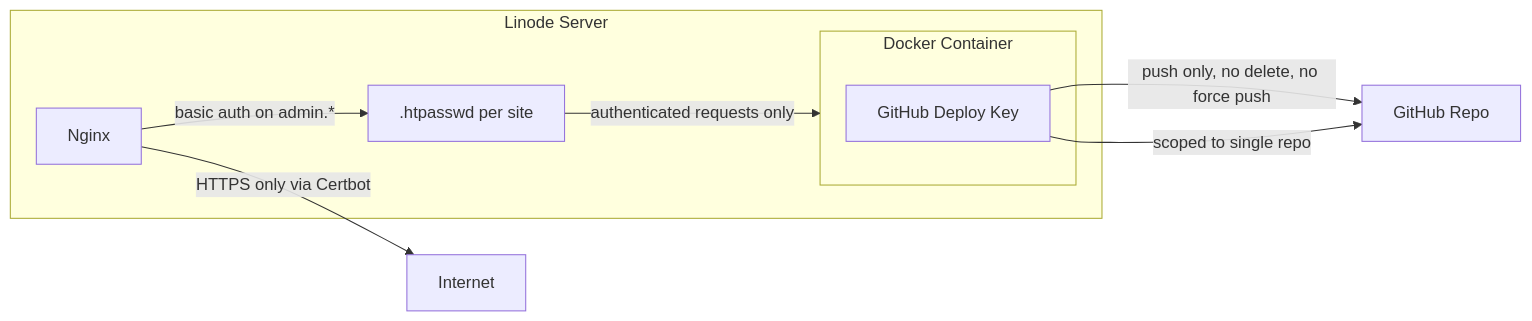
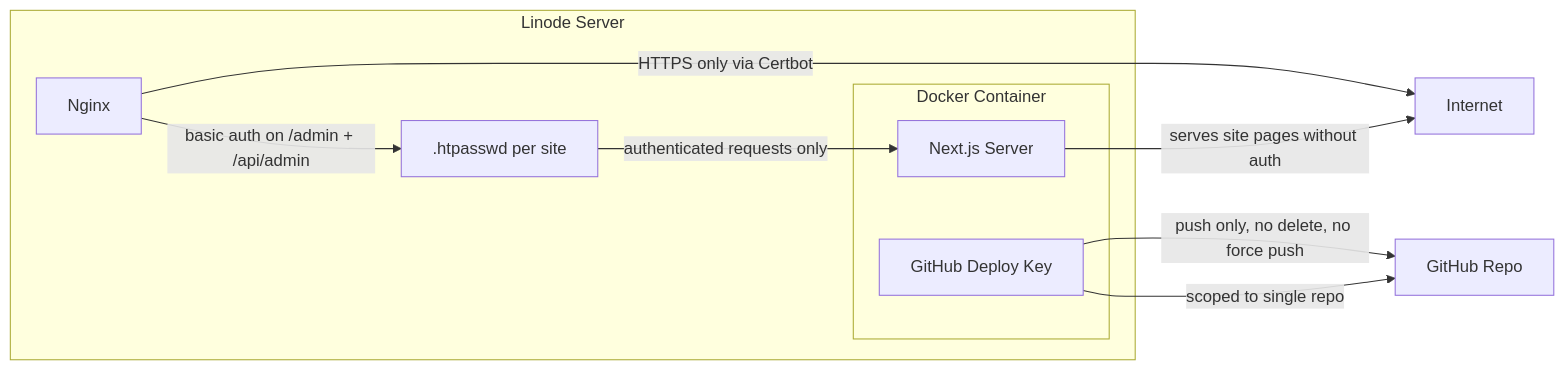
Before and after one commit to Hude06/JUDE_WEBSITE: the tenth of 10 diagrams in ARCHITECTURE.md, drawn with Mermaid. The commit also changed other lines of this file and 50 other files, not shown here.

````diff
--- a/ARCHITECTURE.md
+++ b/ARCHITECTURE.md
@@ -353,16 +470,18 @@
 ```mermaid
 flowchart LR
     subgraph SERVER["Linode Server"]
         NGINX[Nginx]
         HTPASSWD[.htpasswd per site]
         subgraph CONTAINER["Docker Container"]
+            NEXTJS["Next.js Server"]
             KEY[GitHub Deploy Key]
         end
     end
 
     NGINX -->|HTTPS only via Certbot| INTERNET[Internet]
-    NGINX -->|basic auth on admin.*| HTPASSWD
-    HTPASSWD -->|authenticated requests only| CONTAINER
+    NGINX -->|basic auth on /admin + /api/admin| HTPASSWD
+    HTPASSWD -->|authenticated requests only| NEXTJS
+    NEXTJS -->|serves site pages without auth| INTERNET
     KEY -->|push only, no delete, no force push| GH[GitHub Repo]
     KEY -->|scoped to single repo| GH
 ```
````
